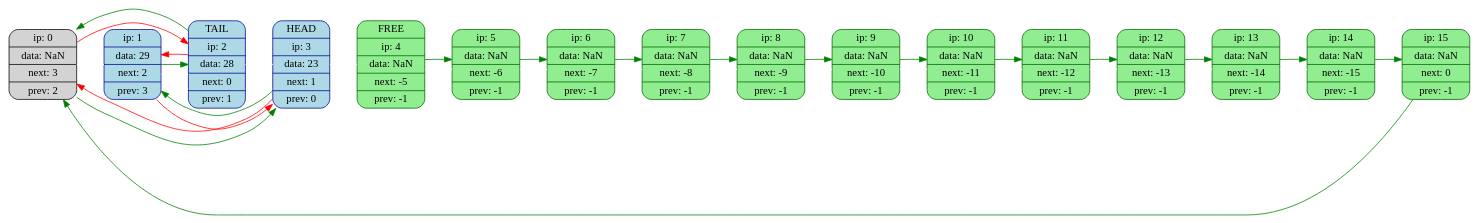
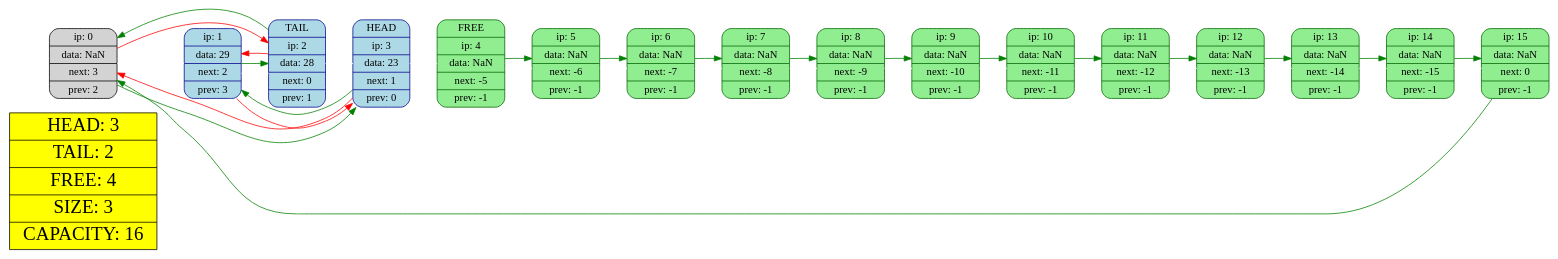
Before and after one commit to worthlane/fast_list: the diagram in list.dot, drawn with Graphviz. The commit also changed 4 other files, not shown here.

Commit message:
deleted head and tail

```diff
--- a/list.dot
+++ b/list.dot
@@ -1,42 +1,43 @@
 digraph structs {
 rankdir=LR;
 node[color="black",fontsize=14];
 edge[color="darkblue",fontcolor="yellow",fontsize=12];
+info [shape=record, style=filled, fillcolor="yellow",label="HEAD: 3 | TAIL: 2 | FREE: 4 | SIZE: 3 | CAPACITY: 16",fontcolor = "black", fontsize = 25];
 0 [shape=Mrecord, style=filled, fillcolor="lightgray", color = black, label=" ip: 0 | data: NaN| next: 3| prev: 2" ];
 1 [shape=Mrecord, style=filled, fillcolor="lightblue", color = darkblue, label=" ip: 1 | data: 29| next: 2| prev: 3" ];
 2 [shape=Mrecord, style=filled, fillcolor="lightblue", color = darkblue, label=" TAIL | ip: 2 | data: 28| next: 0| prev: 1" ];
 3 [shape=Mrecord, style=filled, fillcolor="lightblue", color = darkblue, label=" HEAD | ip: 3 | data: 23| next: 1| prev: 0" ];
 4 [shape=Mrecord, style=filled, fillcolor="lightgreen", color = darkgreen, label=" FREE | ip: 4 | data: NaN| next: -5| prev: -1" ];
 5 [shape=Mrecord, style=filled, fillcolor="lightgreen", color = darkgreen, label=" ip: 5 | data: NaN| next: -6| prev: -1" ];
 6 [shape=Mrecord, style=filled, fillcolor="lightgreen", color = darkgreen, label=" ip: 6 | data: NaN| next: -7| prev: -1" ];
 7 [shape=Mrecord, style=filled, fillcolor="lightgreen", color = darkgreen, label=" ip: 7 | data: NaN| next: -8| prev: -1" ];
 8 [shape=Mrecord, style=filled, fillcolor="lightgreen", color = darkgreen, label=" ip: 8 | data: NaN| next: -9| prev: -1" ];
 9 [shape=Mrecord, style=filled, fillcolor="lightgreen", color = darkgreen, label=" ip: 9 | data: NaN| next: -10| prev: -1" ];
 10 [shape=Mrecord, style=filled, fillcolor="lightgreen", color = darkgreen, label=" ip: 10 | data: NaN| next: -11| prev: -1" ];
 11 [shape=Mrecord, style=filled, fillcolor="lightgreen", color = darkgreen, label=" ip: 11 | data: NaN| next: -12| prev: -1" ];
 12 [shape=Mrecord, style=filled, fillcolor="lightgreen", color = darkgreen, label=" ip: 12 | data: NaN| next: -13| prev: -1" ];
 13 [shape=Mrecord, style=filled, fillcolor="lightgreen", color = darkgreen, label=" ip: 13 | data: NaN| next: -14| prev: -1" ];
 14 [shape=Mrecord, style=filled, fillcolor="lightgreen", color = darkgreen, label=" ip: 14 | data: NaN| next: -15| prev: -1" ];
 15 [shape=Mrecord, style=filled, fillcolor="lightgreen", color = darkgreen, label=" ip: 15 | data: NaN| next: 0| prev: -1" ];
 0->1->2->3->4->5->6->7->8->9->10->11->12->13->14->15[weight = 993, color = "white"];
 0 -> 2 [color = "red"];
 0 -> 3 [color = "green"];
 1 -> 3 [color = "red"];
 1 -> 2 [color = "green"];
 2 -> 1 [color = "red"];
 2 -> 0 [color = "green"];
 3 -> 0 [color = "red"];
 3 -> 1 [color = "green"];
 4 -> 5 [color = "green"];
 5 -> 6 [color = "green"];
 6 -> 7 [color = "green"];
 7 -> 8 [color = "green"];
 8 -> 9 [color = "green"];
 9 -> 10 [color = "green"];
 10 -> 11 [color = "green"];
 11 -> 12 [color = "green"];
 12 -> 13 [color = "green"];
 13 -> 14 [color = "green"];
 14 -> 15 [color = "green"];
 15 -> 0 [color = "green"];
 }
```
